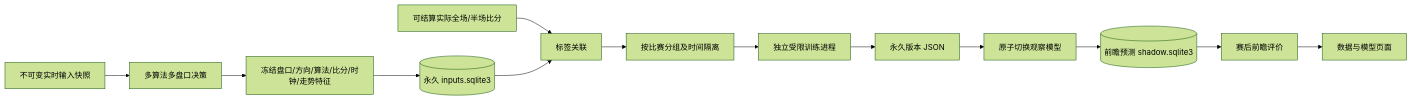
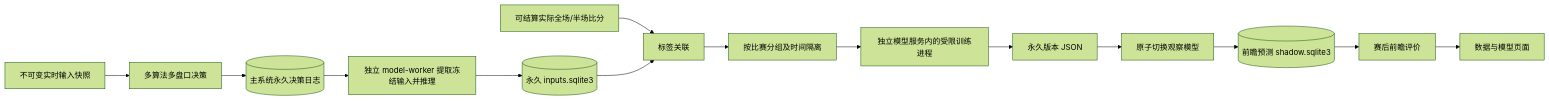
One commit to 1420970597/ai_football changed the first of 2 diagrams in docs/architecture/data-model.md. Above: the diagram before and after it, drawn with Mermaid (forest theme). The commit also changed other lines of this file and 15 other files, not shown here.

````diff
--- a/docs/architecture/data-model.md
+++ b/docs/architecture/data-model.md
@@ -5,15 +5,16 @@
 ```mermaid
 flowchart LR
   Q[不可变实时输入快照] --> D[多算法多盘口决策]
-  D --> I[冻结盘口/方向/算法/比分/时钟/走势特征]
+  D --> R[(主系统永久决策日志)]
+  R --> I[独立 model-worker 提取冻结输入并推理]
   I --> S[(永久 inputs.sqlite3)]
   F[可结算实际全场/半场比分] --> L[标签关联]
   S --> L
   L --> G[按比赛分组及时间隔离]
-  G --> W[独立受限训练进程]
+  G --> W[独立模型服务内的受限训练进程]
   W --> V[永久版本 JSON]
   V --> A[原子切换观察模型]
   A --> P[(前瞻预测 shadow.sqlite3)]
   P --> E[赛后前瞻评价]
   E --> UI[数据与模型页面]
 ```
````
